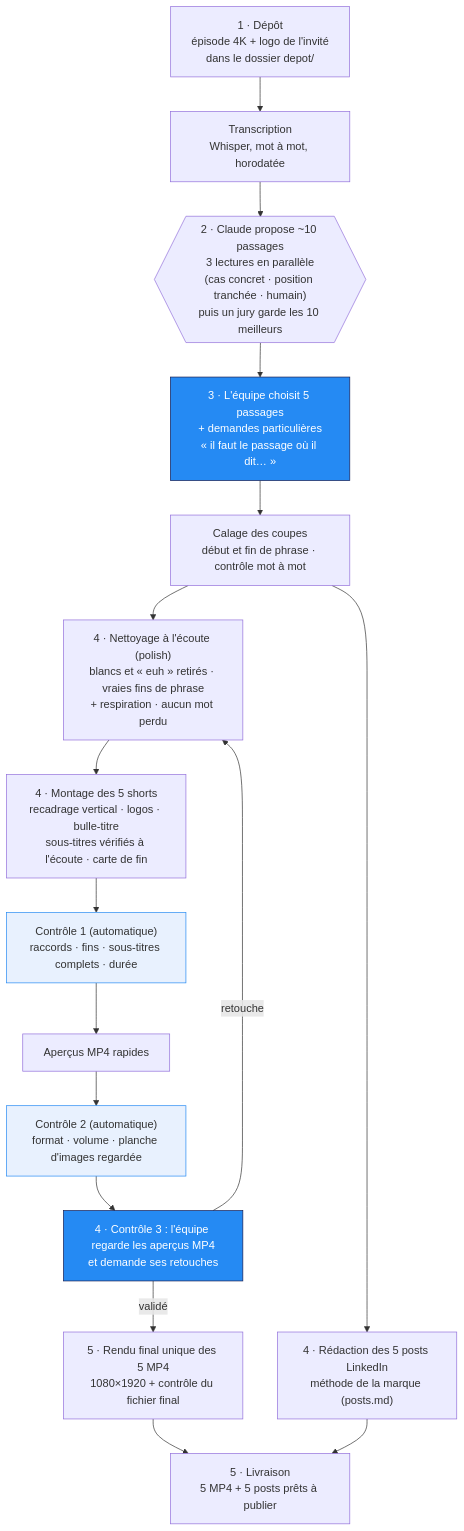
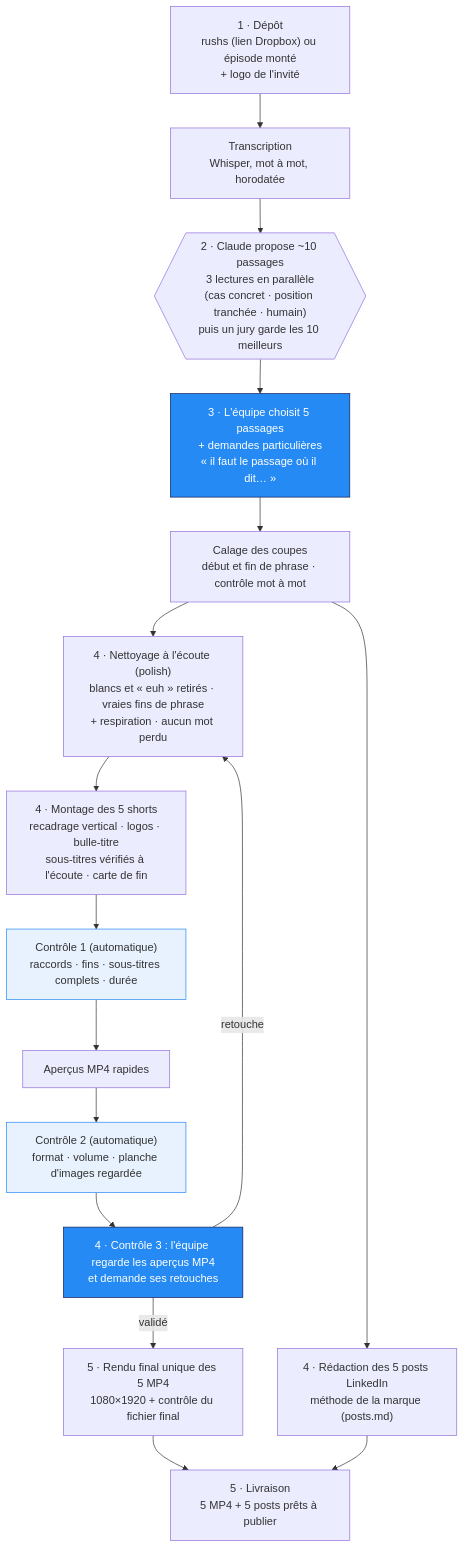
One commit to arthurw31/podcast-clipper changed the first of 2 diagrams in docs/FRAMEWORK.md. Above: the diagram before and after it, drawn with Mermaid. The commit also changed other lines of this file and 2 other files, not shown here.

First line of the commit message:
Schéma d'ensemble rushs -> livrables (README) ; anciens schémas mis à jour

````diff
--- a/docs/FRAMEWORK.md
+++ b/docs/FRAMEWORK.md
@@ -11,23 +13,23 @@
 ```mermaid
 flowchart TD
-    A["1 · Dépôt<br/>épisode 4K + logo de l'invité<br/>dans le dossier depot/"] --> B["Transcription<br/>Whisper, mot à mot, horodatée"]
+    A["1 · Dépôt<br/>rushs (lien Dropbox) ou épisode monté<br/>+ logo de l'invité"] --> B["Transcription<br/>Whisper, mot à mot, horodatée"]
     B --> C{{"2 · Claude propose ~10 passages<br/>3 lectures en parallèle<br/>(cas concret · position tranchée · humain)<br/>puis un jury garde les 10 meilleurs"}}
     C --> D["3 · L'équipe choisit 5 passages<br/>+ demandes particulières<br/>« il faut le passage où il dit… »"]
     D --> E["Calage des coupes<br/>début et fin de phrase · contrôle mot à mot"]
     E --> N["4 · Nettoyage à l'écoute (polish)<br/>blancs et « euh » retirés · vraies fins de phrase<br/>+ respiration · aucun mot perdu"]
     N --> F["4 · Montage des 5 shorts<br/>recadrage vertical · logos · bulle-titre<br/>sous-titres vérifiés à l'écoute · carte de fin"]
     F --> Q1["Contrôle 1 (automatique)<br/>raccords · fins · sous-titres complets · durée"]
     Q1 --> P["Aperçus MP4 rapides"]
     P --> Q2["Contrôle 2 (automatique)<br/>format · volume · planche d'images regardée"]
     Q2 --> V["4 · Contrôle 3 : l'équipe regarde les aperçus MP4<br/>et demande ses retouches"]
     V -->|retouche| N
     E --> G["4 · Rédaction des 5 posts LinkedIn<br/>méthode de la marque (posts.md)"]
     V -->|validé| R["5 · Rendu final unique des 5 MP4<br/>1080×1920 + contrôle du fichier final"]
     R --> H["5 · Livraison<br/>5 MP4 + 5 posts prêts à publier"]
     G --> H
 
     classDef human fill:#258AF3,color:#fff,stroke:#151D53;
     classDef check fill:#E8F1FE,stroke:#258AF3;
     class D,V human;
     class Q1,Q2 check;
 ```
````
